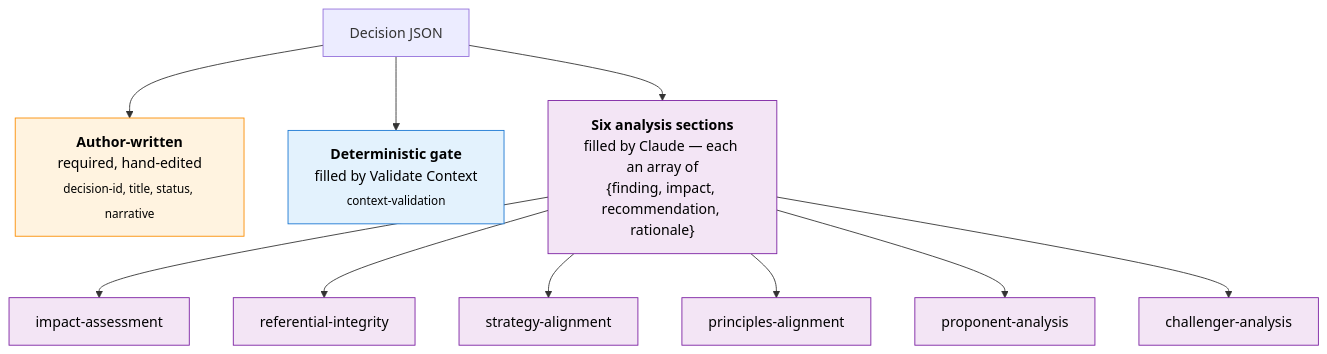
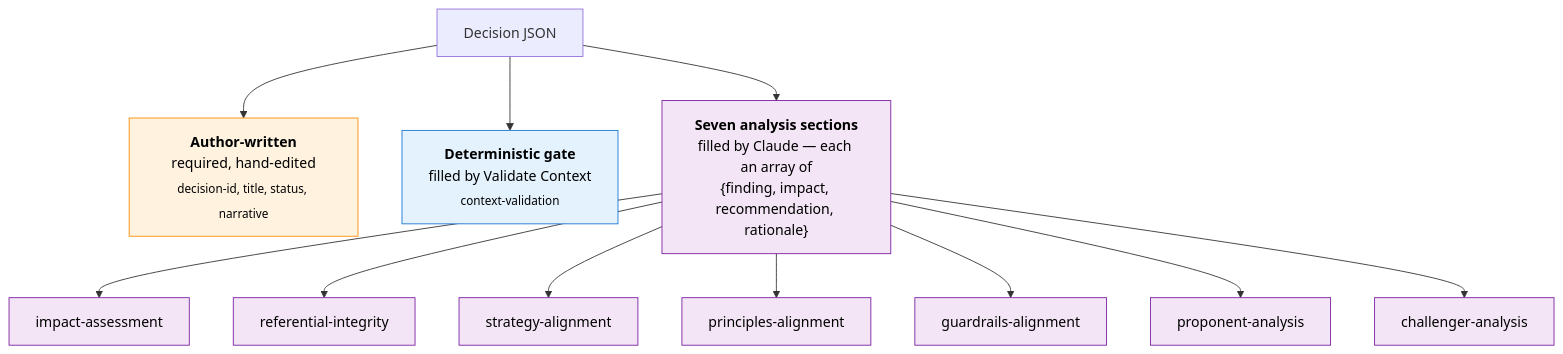
One commit to dan-eastley/pickle changed the diagram in docs/schemas/decision.md. Above: the diagram before and after it, drawn with Mermaid. The commit also changed other lines of this file and 18 other files, not shown here.

First line of the commit message:
Add Guardrails Alignment analysis step; matrix column labels; fix related-artefact relationships

````diff
--- a/docs/schemas/decision.md
+++ b/docs/schemas/decision.md
@@ -14,23 +14,24 @@
 ```mermaid
 flowchart TB
     DJ[Decision JSON]
 
     DJ --> Author["<b>Author-written</b><br/>required, hand-edited<br/><sub>decision-id, title, status, narrative</sub>"]
     DJ --> Det["<b>Deterministic gate</b><br/>filled by Validate Context<br/><sub>context-validation</sub>"]
-    DJ --> AI["<b>Six analysis sections</b><br/>filled by Claude — each an array of<br/>{finding, impact, recommendation, rationale}"]
+    DJ --> AI["<b>Seven analysis sections</b><br/>filled by Claude — each an array of<br/>{finding, impact, recommendation, rationale}"]
 
     AI --> AR[impact-assessment]
     AI --> RI[referential-integrity]
     AI --> SA[strategy-alignment]
     AI --> PA[principles-alignment]
+    AI --> GA[guardrails-alignment]
     AI --> PR[proponent-analysis]
     AI --> CH[challenger-analysis]
 
     classDef auth fill:#fff3e0,stroke:#fb8c00,color:#000
     classDef det fill:#e3f2fd,stroke:#1976d2,color:#000
     classDef ai fill:#f3e5f5,stroke:#7b1fa2,color:#000
 
     class Author auth
     class Det det
-    class AI,AR,RI,SA,PA,PR,CH ai
+    class AI,AR,RI,SA,PA,GA,PR,CH ai
 ```
````
